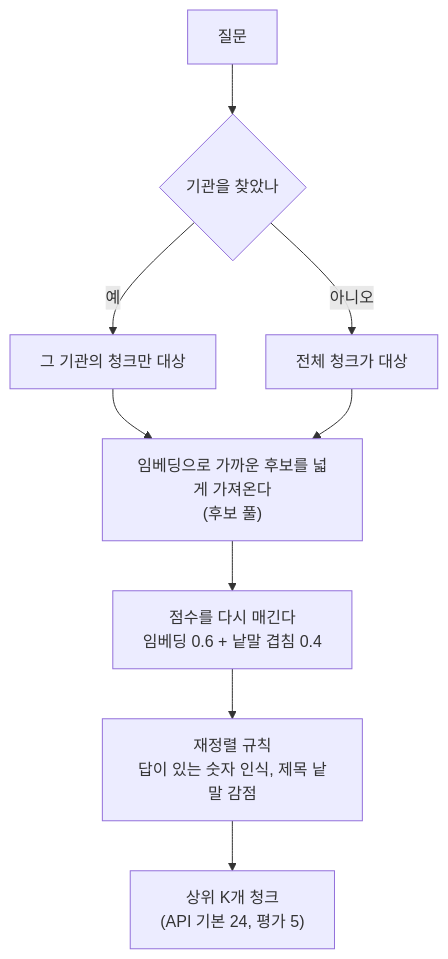
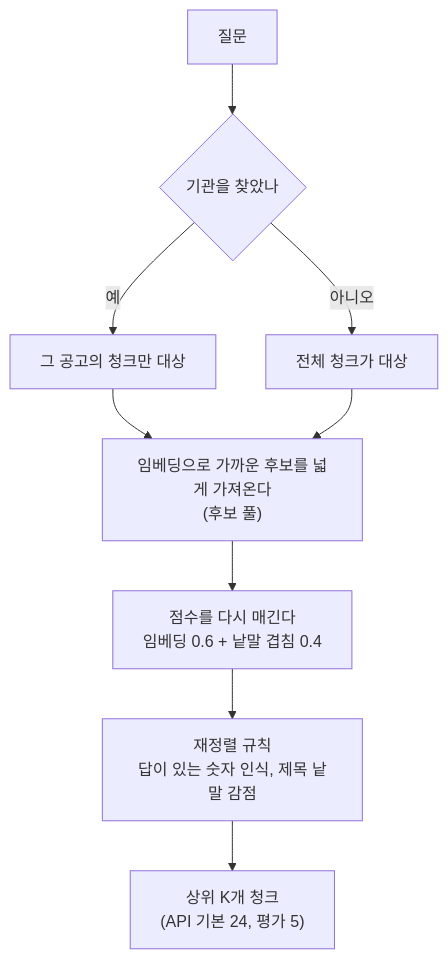
One commit to adover134/hierarchical-md-rag changed the second of 4 diagrams in docs/05_질의처리.md. Above: the diagram before and after it, drawn with Mermaid. The commit also changed other lines of this file and 8 other files, not shown here.

Commit message:
docs: apply reviewer fixes (data_index wipe warning, org meaning, diagram, numbers, glossary)

````diff
--- a/docs/05_질의처리.md
+++ b/docs/05_질의처리.md
@@ -37,11 +37,11 @@
 ```mermaid
 flowchart TD
     Q["질문"] --> O{"기관을 찾았나"}
-    O -->|"예"| F["그 기관의 청크만 대상"]
+    O -->|"예"| F["그 공고의 청크만 대상"]
     O -->|"아니오"| W["전체 청크가 대상"]
     F --> P["임베딩으로 가까운 후보를 넓게 가져온다<br/>(후보 풀)"]
     W --> P
     P --> S["점수를 다시 매긴다<br/>임베딩 0.6 + 낱말 겹침 0.4"]
     S --> R["재정렬 규칙<br/>답이 있는 숫자 인식, 제목 낱말 감점"]
     R --> K["상위 K개 청크<br/>(API 기본 24, 평가 5)"]
 ```
````
